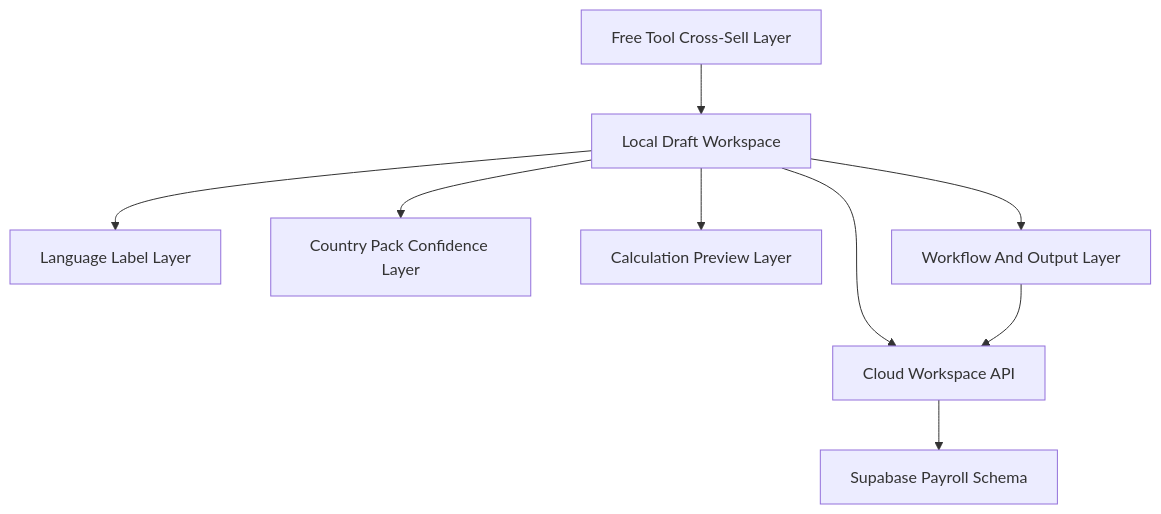
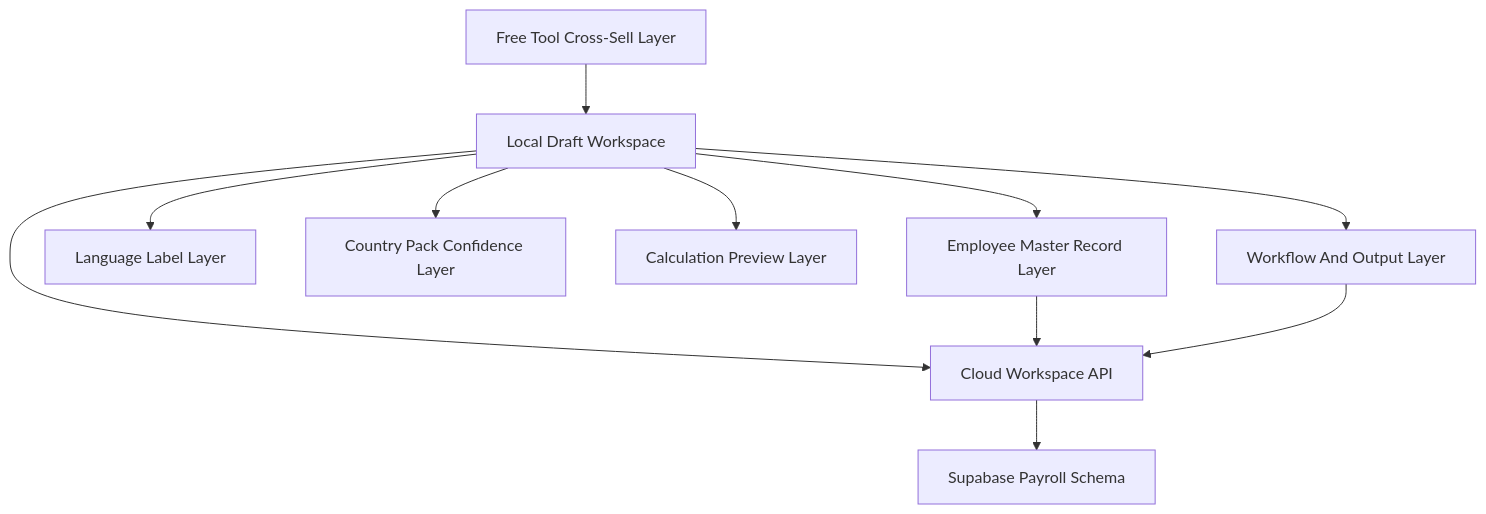
One commit to Ozaveshe/afrotools changed the second of 4 diagrams in docs/AFROPAYROLL-PRO-ARCHITECTURE.md. Above: the diagram before and after it, drawn with Mermaid. The commit also changed other lines of this file and 1444 other files, not shown here.

````diff
--- a/docs/AFROPAYROLL-PRO-ARCHITECTURE.md
+++ b/docs/AFROPAYROLL-PRO-ARCHITECTURE.md
@@ -52,20 +53,23 @@
 ```mermaid
 flowchart TB
   UI["Local Draft Workspace"]
+  Employee["Employee Master Record Layer"]
   Lang["Language Label Layer"]
   Country["Country Pack Confidence Layer"]
   Calc["Calculation Preview Layer"]
   API["Cloud Workspace API"]
   DB["Supabase Payroll Schema"]
   Outputs["Workflow And Output Layer"]
   Growth["Free Tool Cross-Sell Layer"]
 
   UI --> Lang
+  UI --> Employee
   UI --> Country
   UI --> Calc
   UI --> Outputs
   UI --> API
+  Employee --> API
   API --> DB
   Outputs --> API
   Growth --> UI
 ```
````
